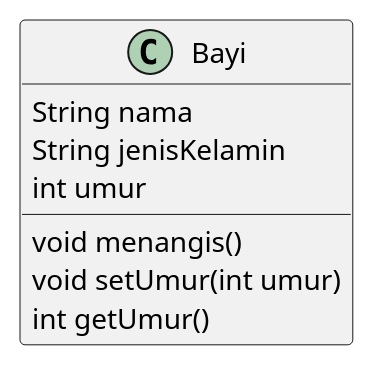
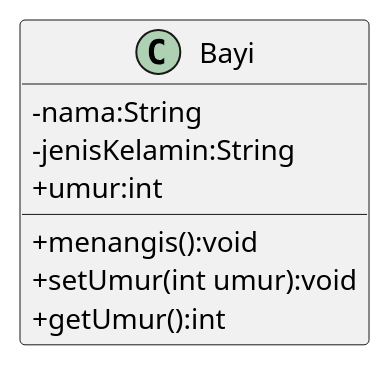
Before and after one commit to dhanifudin/nguliah: the second of 2 diagrams in pbo/jobsheet/02-jobsheet.org, drawn with PlantUML. The commit also changed other lines of this file and 11 other files, not shown here.

```diff
--- a/pbo/jobsheet/02-jobsheet.org
+++ b/pbo/jobsheet/02-jobsheet.org
@@ -180,12 +357,13 @@
   #+BEGIN_SRC plantuml :file images/02/class.png
   @startuml
+  skinparam classAttributeIconSize 0
   class Bayi {
-    String nama
-    String jenisKelamin
-    int umur
-    void menangis()
-    void setUmur(int umur)
-    int getUmur()
+    -nama:String
+    -jenisKelamin:String
+    +umur:int
+    +menangis():void
+    +setUmur(int umur):void
+    +getUmur():int
   }
   @enduml
   #+END_SRC
```
